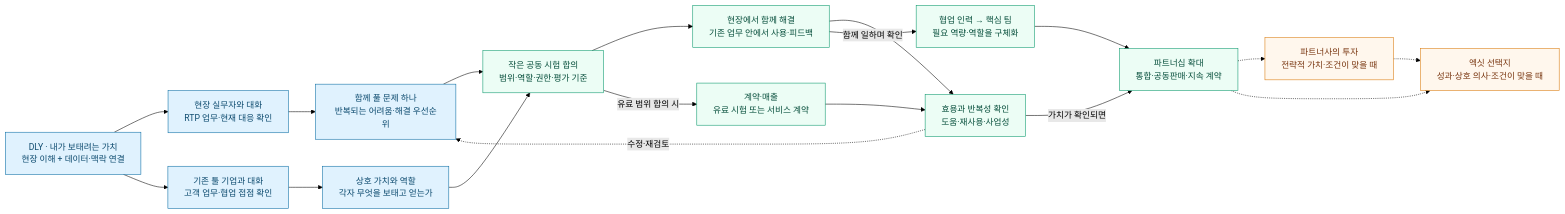
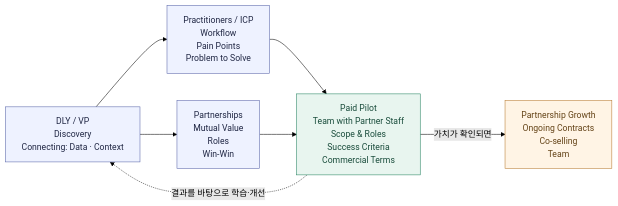
One commit to sake303/sake303.github.io changed the diagram in notes/connected-ecosystem-business-rationale-ko.md. Above: the diagram before and after it, drawn with Mermaid (forest theme). The commit also changed other lines of this file, not shown here.

Commit message:
Clarify how partner staff join paid pilots and build repeat business
Confidence: high
Scope-risk: narrow
Tested: Mermaid rendered to SVG and PNG; visual inspection; Markdown structure; git diff --check

````diff
--- a/notes/connected-ecosystem-business-rationale-ko.md
+++ b/notes/connected-ecosystem-business-rationale-ko.md
@@ -35,39 +21,20 @@
 ```mermaid
 flowchart LR
-    A["DLY · 내가 보태려는 가치<br/>현장 이해 + 데이터·맥락 연결"]
-    B["현장 실무자와 대화<br/>RTP 업무·현재 대응 확인"]
-    C["기존 툴 기업과 대화<br/>고객 업무·협업 접점 확인"]
-    D["함께 풀 문제 하나<br/>반복되는 어려움·해결 우선순위"]
-    E["상호 가치와 역할<br/>각자 무엇을 보태고 얻는가"]
-    F["작은 공동 시험 합의<br/>범위·역할·권한·평가 기준"]
-    G["현장에서 함께 해결<br/>기존 업무 안에서 사용·피드백"]
-    H["계약·매출<br/>유료 시험 또는 서비스 계약"]
-    I["효용과 반복성 확인<br/>도움·재사용·사업성"]
-    J["협업 인력 → 핵심 팀<br/>필요 역량·역할을 구체화"]
-    K["파트너십 확대<br/>통합·공동판매·지속 계약"]
-    L["파트너사의 투자<br/>전략적 가치·조건이 맞을 때"]
-    M["엑싯 선택지<br/>성과·상호 의사·조건이 맞을 때"]
+    A["DLY / VP<br/>Discovery<br/>Connecting: Data · Context"]
+    B["Practitioners / ICP<br/>Workflow<br/>Pain Points<br/>Problem to Solve"]
+    C["Partnerships<br/>Mutual Value<br/>Roles<br/>Win-Win"]
+    D["Paid Pilot<br/>Team with Partner Staff<br/>Scope & Roles<br/>Success Criteria<br/>Commercial Terms"]
+    E["Partnership Growth<br/>Ongoing Contracts<br/>Co-selling<br/>Team"]
     A --> B
     A --> C
     B --> D
-    C --> E
-    D --> F
-    E --> F
-    F --> G
-    F -->|유료 범위 합의 시| H
-    G --> I
-    H --> I
-    G -->|함께 일하며 확인| J
-    I -->|가치가 확인되면| K
-    J --> K
-    K -.-> L
-    K -.-> M
-    L -.-> M
-    I -.->|수정·재검토| D
-    classDef start fill:#e0f2fe,stroke:#0369a1,color:#0c4a6e;
-    classDef work fill:#ecfdf5,stroke:#059669,color:#064e3b;
-    classDef future fill:#fff7ed,stroke:#d97706,color:#78350f;
-    class A,B,C,D,E start;
-    class F,G,H,I,J,K work;
-    class L,M future;
+    C --> D
+    D -->|가치가 확인되면| E
+    D -.->|결과를 바탕으로 학습·개선| A
+    classDef discover fill:#eef2ff,stroke:#5965a8,color:#202744;
+    classDef pilot fill:#e8f5ef,stroke:#268361,color:#194c3b;
+    classDef growth fill:#fff4e5,stroke:#b77b30,color:#644317;
+    class A,B,C discover;
+    class D pilot;
+    class E growth;
 ```
````
